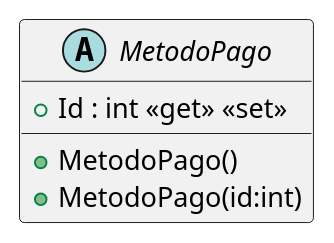
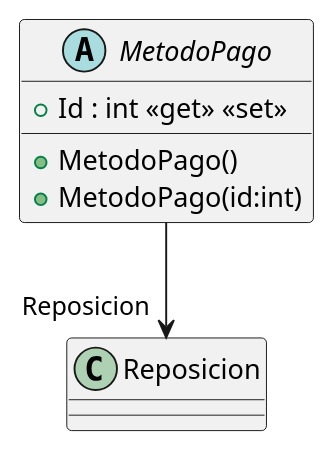
The diagram in src/AppForSEII.API/ClassDiagram/MetodoPago.puml (ISII2627LosGremlins/ISII2627LosGremlins), drawn with PlantUML before and after one commit. The commit also changed 14 other files, not shown here.

Commit message:
Crear relaciones CU2 y diagrama de clases

```diff
--- a/src/AppForSEII.API/ClassDiagram/MetodoPago.puml
+++ b/src/AppForSEII.API/ClassDiagram/MetodoPago.puml
@@ -1,7 +1,8 @@
 @startuml
 abstract class MetodoPago {
     + MetodoPago()
     + MetodoPago(id:int)
     + Id : int <<get>> <<set>>
 }
+MetodoPago --> "Reposicion" Reposicion
 @enduml
```
